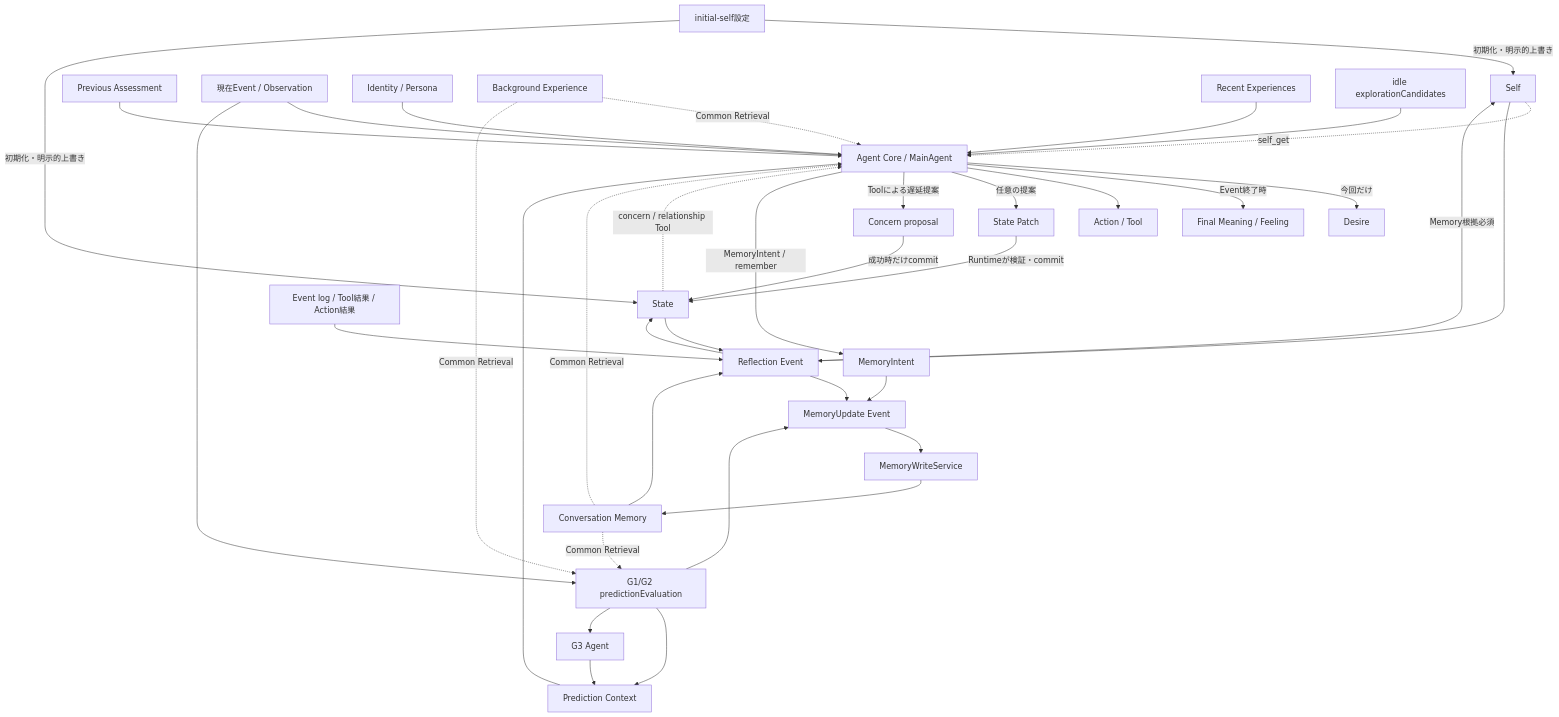
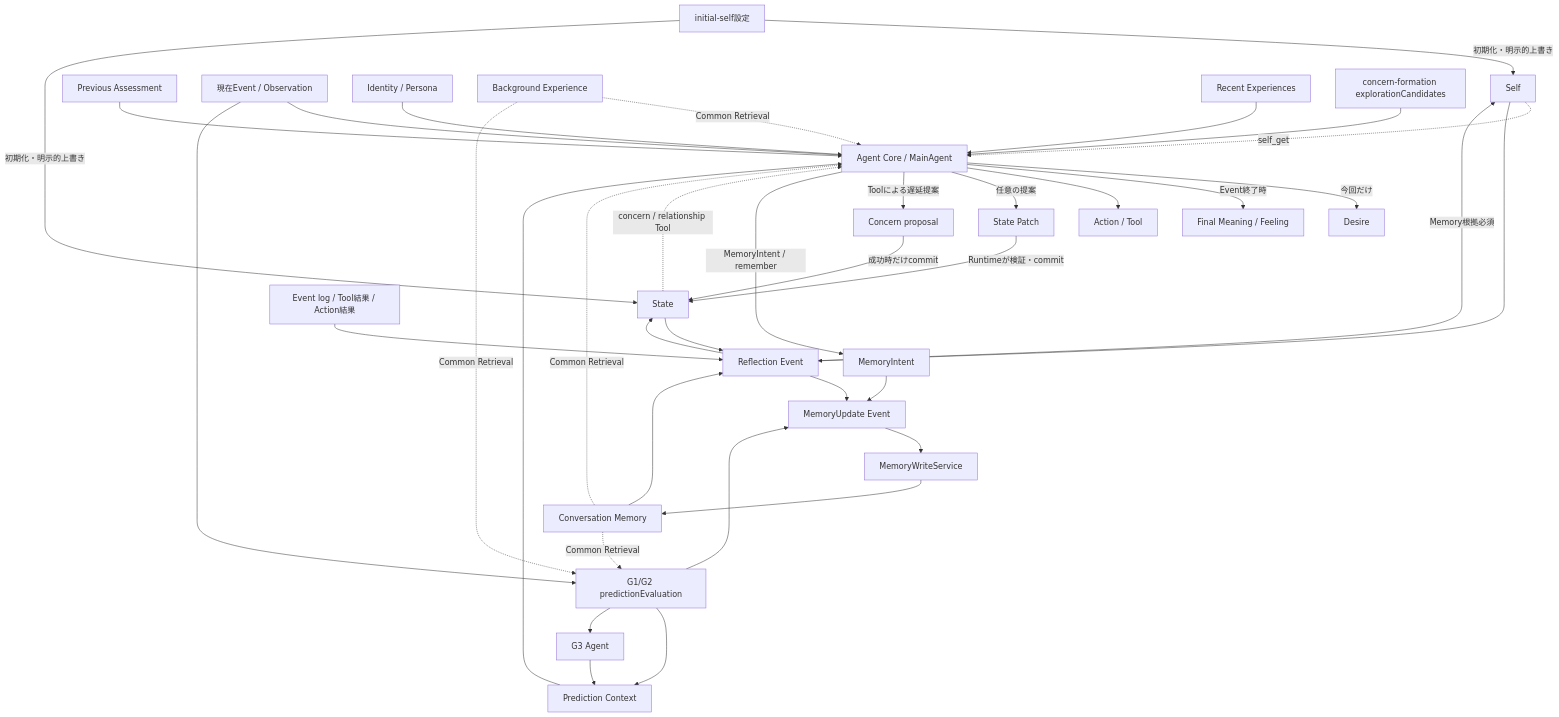
Before and after one commit to if001/social_agent: the second of 7 diagrams in docs/AGENT_MOTIVATION_MODEL.md, drawn with Mermaid. The commit also changed other lines of this file, not shown here.

Commit message:
docs: align motivation model concern routes

````diff
--- a/docs/AGENT_MOTIVATION_MODEL.md
+++ b/docs/AGENT_MOTIVATION_MODEL.md
@@ -106,44 +106,44 @@
 ```mermaid
 flowchart TD
     CFG[initial-self設定] -->|初期化・明示的上書き| SELF[Self]
     CFG -->|初期化・明示的上書き| STATE[State]
 
     PREV[Previous Assessment] --> CORE[Agent Core / MainAgent]
     EVT[現在Event / Observation] --> CORE
     PC[Prediction Context] --> CORE
     ID[Identity / Persona] --> CORE
     SELF -. self_get .-> CORE
     STATE -. concern / relationship Tool .-> CORE
     MEM[Conversation Memory] -. Common Retrieval .-> CORE
     BG[Background Experience] -. Common Retrieval .-> CORE
     RECENT[Recent Experiences] --> CORE
-    CATALOG[idle explorationCandidates] --> CORE
+    CATALOG[concern-formation explorationCandidates] --> CORE
 
     CORE -->|今回だけ| DESIRE[Desire]
     CORE -->|Event終了時| ASSESS[Final Meaning / Feeling]
     CORE --> ACTION[Action / Tool]
     CORE -->|任意の提案| PATCH[State Patch]
     CORE -->|Toolによる遅延提案| CQ[Concern proposal]
     CORE -->|MemoryIntent / remember| MI[MemoryIntent]
     PATCH -->|Runtimeが検証・commit| STATE
     CQ -->|成功時だけcommit| STATE
 
     EVT --> PE[G1/G2 predictionEvaluation]
     MEM -. Common Retrieval .-> PE
     BG -. Common Retrieval .-> PE
     PE --> PC
     PE --> G3[G3 Agent]
     G3 --> PC
     PE --> MU[MemoryUpdate Event]
     MI --> MU
     MU --> MW[MemoryWriteService]
     MW --> MEM
 
     EVTLOG[Event log / Tool結果 / Action結果] --> REFLECT[Reflection Event]
     STATE --> REFLECT
     SELF --> REFLECT
     MEM --> REFLECT
     REFLECT --> MU
     REFLECT -->|Memory根拠必須| SELF
     REFLECT --> STATE
 ```
````
